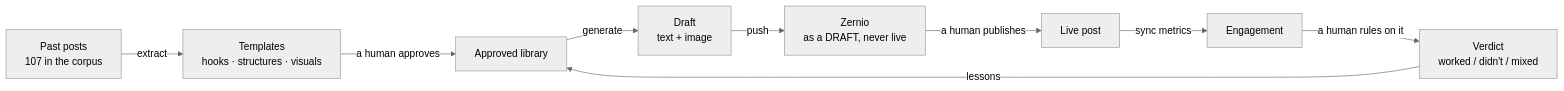
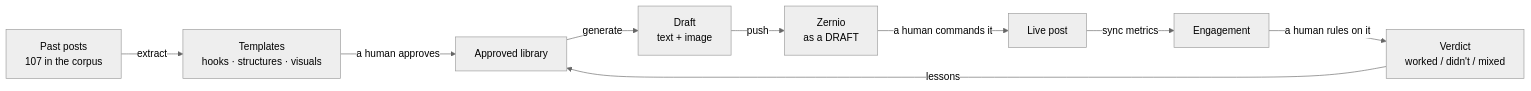
One commit to nikhiilraj/pixii-intelligence changed the diagram in README.md. Above: the diagram before and after it, drawn with Mermaid (neutral theme). The commit also changed other lines of this file and 15 other files, not shown here.

````diff
--- a/README.md
+++ b/README.md
@@ -86,11 +92,11 @@
 ```mermaid
 graph LR
     A[Past posts<br/>107 in the corpus] -->|extract| B[Templates<br/>hooks · structures · visuals]
     B -->|a human approves| C[Approved library]
     C -->|generate| D[Draft<br/>text + image]
-    D -->|push| E[Zernio<br/>as a DRAFT, never live]
-    E -->|a human publishes| F[Live post]
+    D -->|push| E[Zernio<br/>as a DRAFT]
+    E -->|a human commands it| F[Live post]
     F -->|sync metrics| G[Engagement]
     G -->|a human rules on it| H[Verdict<br/>worked / didn't / mixed]
     H -->|lessons| C
 ```
````
